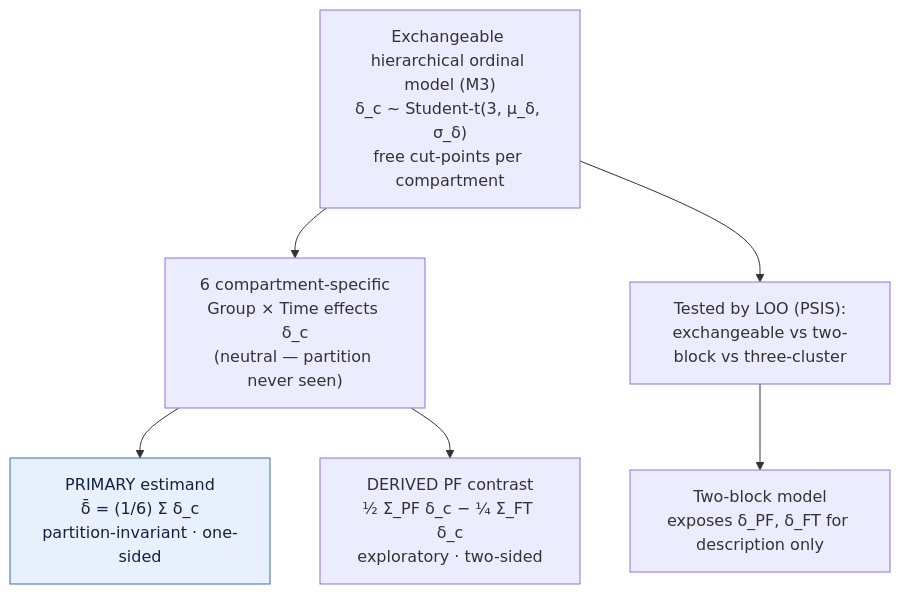
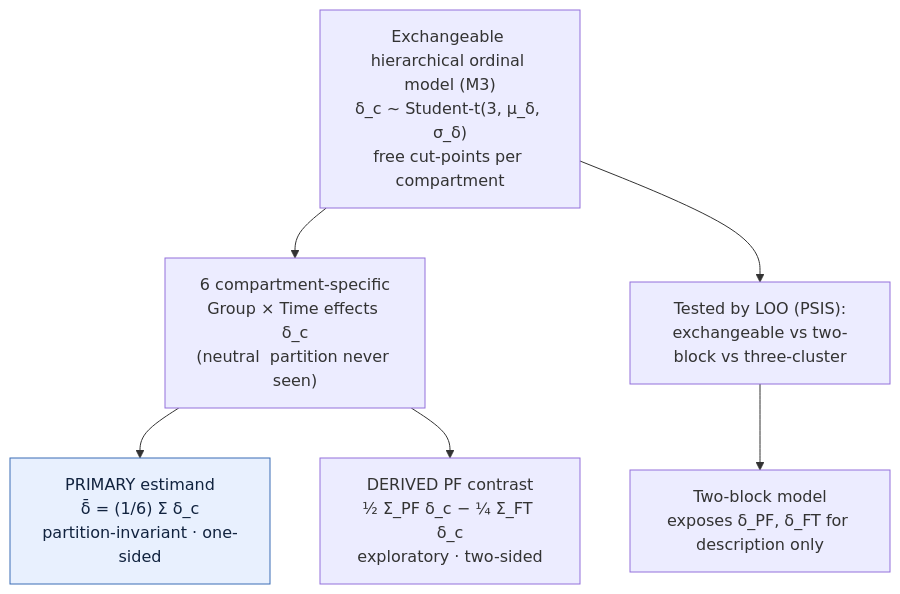
The fifth of 7 diagrams in paper/manuscript.md (TomSOhm/cyclops_lesion_statistics), drawn with Mermaid before and after one commit. The commit also changed other lines of this file and 29 other files, not shown here.

````diff
--- a/paper/manuscript.md
+++ b/paper/manuscript.md
@@ -196,11 +196,11 @@
 ```mermaid
 flowchart TB
     M["Exchangeable hierarchical ordinal model (M3)<br/>δ_c ~ Student-t(3, μ_δ, σ_δ)<br/>free cut-points per compartment"]
-    M --> DC["6 compartment-specific<br/>Group × Time effects δ_c<br/>(neutral — partition never seen)"]
+    M --> DC["6 compartment-specific<br/>Group × Time effects δ_c<br/>(neutral  partition never seen)"]
     DC --> PRIM["PRIMARY estimand<br/>δ̄ = (1/6) Σ δ_c<br/>partition-invariant · one-sided"]
     DC --> CON["DERIVED PF contrast<br/>½ Σ_PF δ_c − ¼ Σ_FT δ_c<br/>exploratory · two-sided"]
     M --> LOO["Tested by LOO (PSIS):<br/>exchangeable vs two-block vs three-cluster"]
     LOO --> TB["Two-block model<br/>exposes δ_PF, δ_FT for description only"]
     classDef prim fill:#e8f0fe,stroke:#3b6db5,color:#11233f;
     class PRIM prim;
 ```
````
